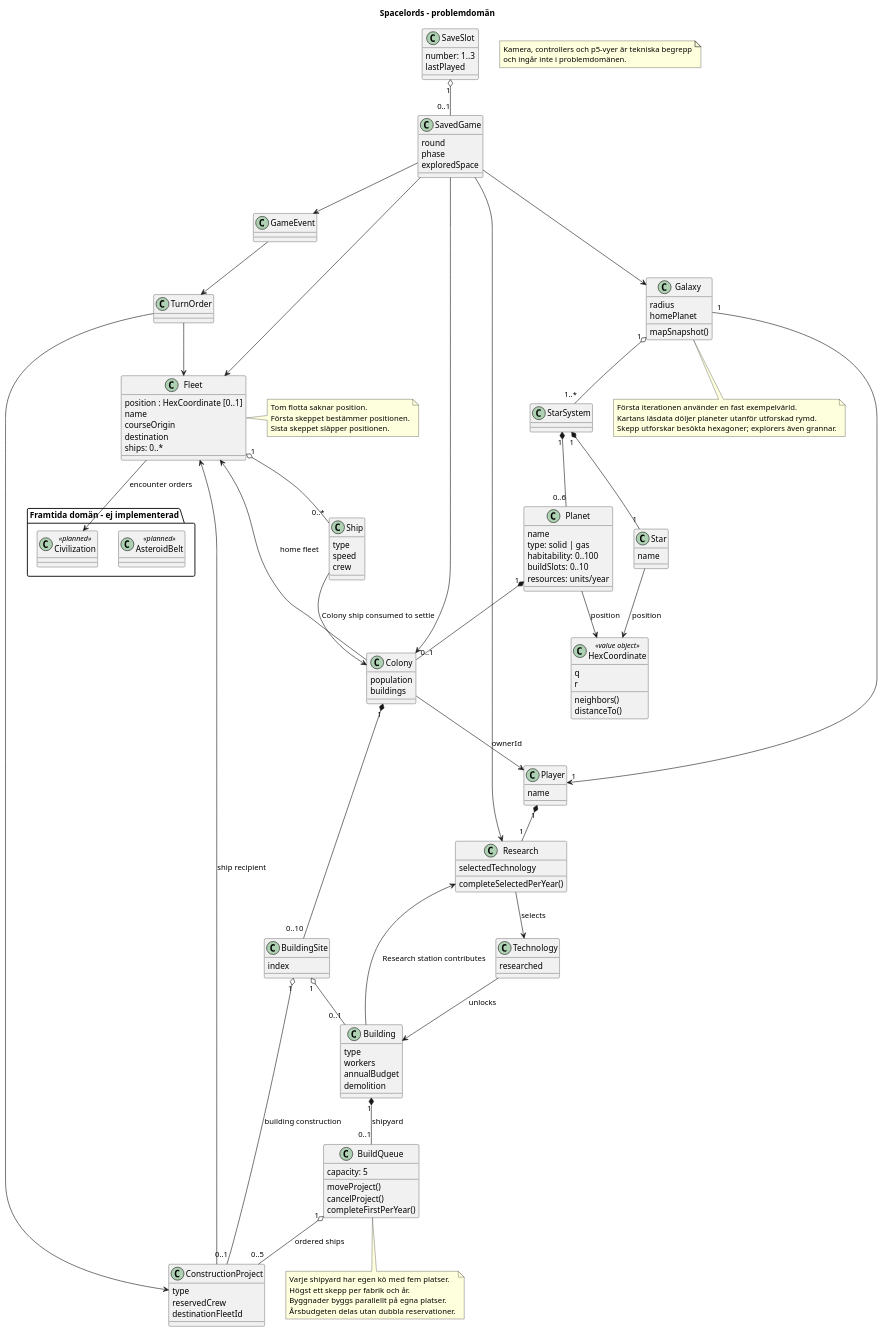
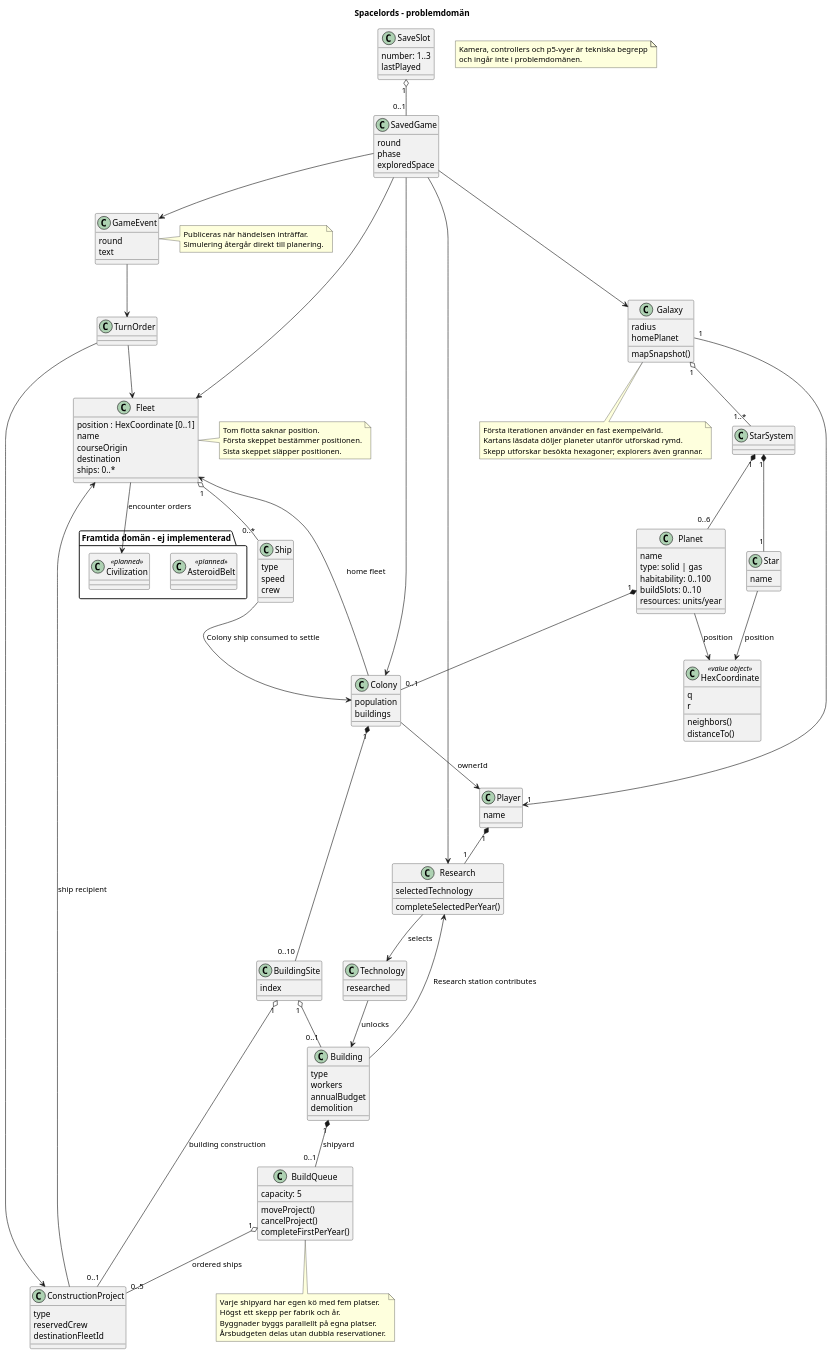
Before and after one commit to dntoll/spacelords: the diagram in docs/domain-model.puml, drawn with PlantUML. The commit also changed 23 other files, not shown here.

```diff
--- a/docs/domain-model.puml
+++ b/docs/domain-model.puml
@@ -1,142 +1,149 @@
 @startuml
 title Spacelords – problemdomän
 
 class SaveSlot {
   number: 1..3
   lastPlayed
 }
 class SavedGame {
   round
   phase
   exploredSpace
 }
 SaveSlot "1" o-- "0..1" SavedGame
 SavedGame --> Galaxy
 SavedGame --> Fleet
 SavedGame --> Colony
 SavedGame --> Research
 SavedGame --> GameEvent
 
 class Galaxy {
   radius
   homePlanet
   mapSnapshot()
 }
 class StarSystem
 class Star {
   name
 }
 class Planet {
   name
   type: solid | gas
   habitability: 0..100
   buildSlots: 0..10
   resources: units/year
 }
 class Colony {
   population
   buildings
 }
 class Building {
   type
   workers
   annualBudget
   demolition
 }
 class ConstructionProject {
   type
   reservedCrew
   destinationFleetId
 }
 class BuildingSite {
   index
 }
 class Technology {
   researched
 }
 class Research {
   selectedTechnology
   completeSelectedPerYear()
 }
 class BuildQueue {
   capacity: 5
   moveProject()
   cancelProject()
   completeFirstPerYear()
 }
 class Ship {
   type
   speed
   crew
 }
 class Fleet {
   position : HexCoordinate [0..1]
   name
   courseOrigin
   destination
   ships: 0..*
 }
 class TurnOrder
-class GameEvent
+class GameEvent {
+  round
+  text
+}
+note right of GameEvent
+  Publiceras när händelsen inträffar.
+  Simulering återgår direkt till planering.
+end note
 class Player {
   name
 }
 class HexCoordinate <<value object>> {
   q
   r
   neighbors()
   distanceTo()
 }
 
 Galaxy "1" o-- "1..*" StarSystem
 Galaxy "1" --> "1" Player
 StarSystem "1" *-- "1" Star
 StarSystem "1" *-- "0..6" Planet
 Star --> HexCoordinate : position
 Planet --> HexCoordinate : position
 Planet "1" *-- "0..1" Colony
 Colony --> Player : ownerId
 Colony "1" *-- "0..10" BuildingSite
 BuildingSite "1" o-- "0..1" Building
 BuildingSite "1" o-- "0..1" ConstructionProject : building construction
 Building "1" *-- "0..1" BuildQueue : shipyard
 BuildQueue "1" o-- "0..5" ConstructionProject : ordered ships
 Player "1" *-- "1" Research
 Research --> Technology : selects
 Technology --> Building : unlocks
 Building --> Research : Research station contributes
 ConstructionProject --> Fleet : ship recipient
 Colony --> Fleet : home fleet
 Fleet "1" o-- "0..*" Ship
 note right of Fleet
   Tom flotta saknar position.
   Första skeppet bestämmer positionen.
   Sista skeppet släpper positionen.
 end note
 Ship --> Colony : Colony ship consumed to settle
 TurnOrder --> ConstructionProject
 TurnOrder --> Fleet
 GameEvent --> TurnOrder
 
 note bottom of BuildQueue
   Varje shipyard har egen kö med fem platser.
   Högst ett skepp per fabrik och år.
   Byggnader byggs parallellt på egna platser.
   Årsbudgeten delas utan dubbla reservationer.
 end note
 
 note bottom of Galaxy
   Första iterationen använder en fast exempelvärld.
   Kartans läsdata döljer planeter utanför utforskad rymd.
   Skepp utforskar besökta hexagoner; explorers även grannar.
 end note
 
 package "Framtida domän – ej implementerad" {
   class AsteroidBelt <<planned>>
   class Civilization <<planned>>
   Fleet --> Civilization : encounter orders
 }
 
 note "Kamera, controllers och p5-vyer är tekniska begrepp\noch ingår inte i problemdomänen." as Scope
 
 @enduml
```
